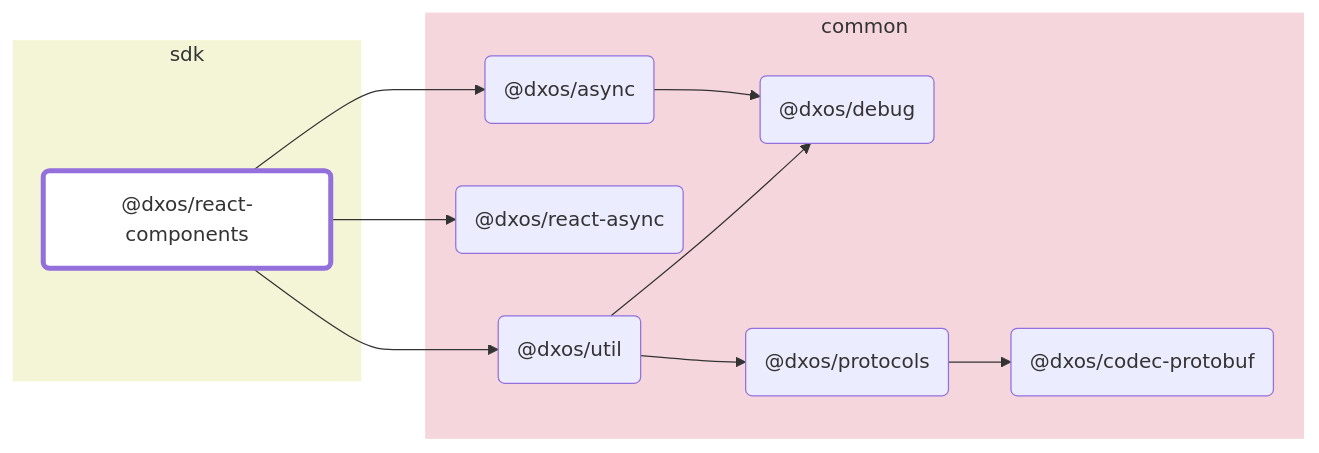
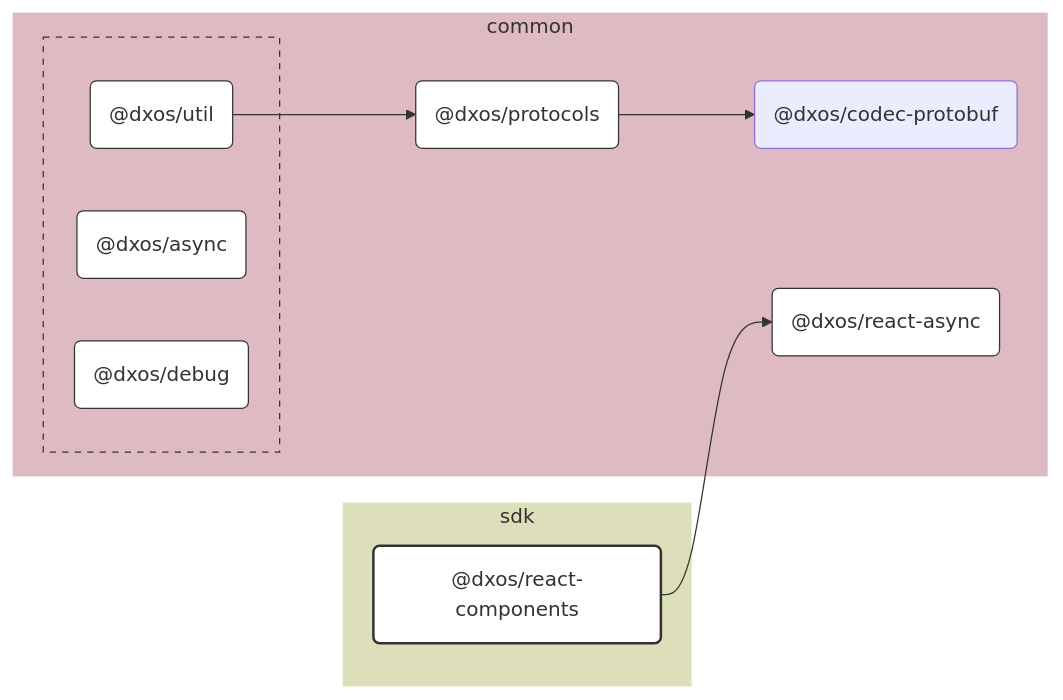
One commit to dxos/dxos changed the diagram in packages/sdk/react-components/docs/README.md. Above: the diagram before and after it, drawn with Mermaid. The commit also changed 100 other files, not shown here.

````diff
--- a/packages/sdk/react-components/docs/README.md
+++ b/packages/sdk/react-components/docs/README.md
@@ -7,34 +7,54 @@
 ```mermaid
-flowchart LR;
+%%{ init: {'flowchart':{'curve':'basis'}} }%%
 
-style dxos/react-components fill:#fff,stroke-width:4px;
+flowchart LR
 
-click dxos/async "https:/github.com/dxos/dxos/tree/main/packages/common/async/docs";
-click dxos/debug "https:/github.com/dxos/dxos/tree/main/packages/common/debug/docs";
-click dxos/react-async "https:/github.com/dxos/dxos/tree/main/packages/common/react-async/docs";
-click dxos/util "https:/github.com/dxos/dxos/tree/main/packages/common/util/docs";
-click dxos/protocols "https:/github.com/dxos/dxos/tree/main/packages/common/protocols/docs";
+%% Links
+dxos/protocols --> dxos/codec-protobuf;
+dxos/react-components --> dxos/react-async;
+dxos/util --> dxos/protocols;
 
+%% Sections
 subgraph sdk
-  style sdk fill:#f4f5d6,stroke:#fff;
-  dxos/react-components("@dxos/react-components");
+  style sdk fill:#dddeba,stroke:#fff;
+
+  dxos/react-components("@dxos/react-components")
 end
 
 subgraph common
-  style common fill:#f5d6dd,stroke:#fff;
-  dxos/async("@dxos/async");
-  dxos/debug("@dxos/debug");
-  dxos/react-async("@dxos/react-async");
-  dxos/util("@dxos/util");
-  dxos/protocols("@dxos/protocols");
-  dxos/codec-protobuf("@dxos/codec-protobuf");
+  style common fill:#debac2,stroke:#fff;
+
+  dxos/codec-protobuf("@dxos/codec-protobuf")
+  dxos/protocols("@dxos/protocols")
+  dxos/react-async("@dxos/react-async")
+
+  subgraph common-excluded [ ]
+    style common-excluded fill:#debac2,stroke:#333,stroke-dasharray:5 5;
+
+    dxos/async("@dxos/async")
+    dxos/debug("@dxos/debug")
+    dxos/util("@dxos/util")
+  end
 end
 
-dxos/react-components --> dxos/async;
-dxos/async --> dxos/debug;
-dxos/react-components --> dxos/react-async;
-dxos/react-components --> dxos/util;
-dxos/util --> dxos/debug;
-dxos/util --> dxos/protocols;
-dxos/protocols --> dxos/codec-protobuf;
+
+%% Hyperlinks
+click dxos/async href "https:/github.com/dxos/dxos/tree/main/packages/common/async/docs";
+click dxos/debug href "https:/github.com/dxos/dxos/tree/main/packages/common/debug/docs";
+click dxos/protocols href "https:/github.com/dxos/dxos/tree/main/packages/common/protocols/docs";
+click dxos/react-async href "https:/github.com/dxos/dxos/tree/main/packages/common/react-async/docs";
+click dxos/util href "https:/github.com/dxos/dxos/tree/main/packages/common/util/docs";
+
+%% Styles
+classDef rootNode fill:#fff,stroke:#333,stroke-width:2px
+classDef defaultNode fill:#fff,stroke:#333,stroke-width:1px
+linkStyle default stroke:#333,stroke-width:1px
+
+dxos/react-components:::rootNode
+
+dxos/async:::defaultNode
+dxos/debug:::defaultNode
+dxos/protocols:::defaultNode
+dxos/react-async:::defaultNode
+dxos/util:::defaultNode
 ```
````
